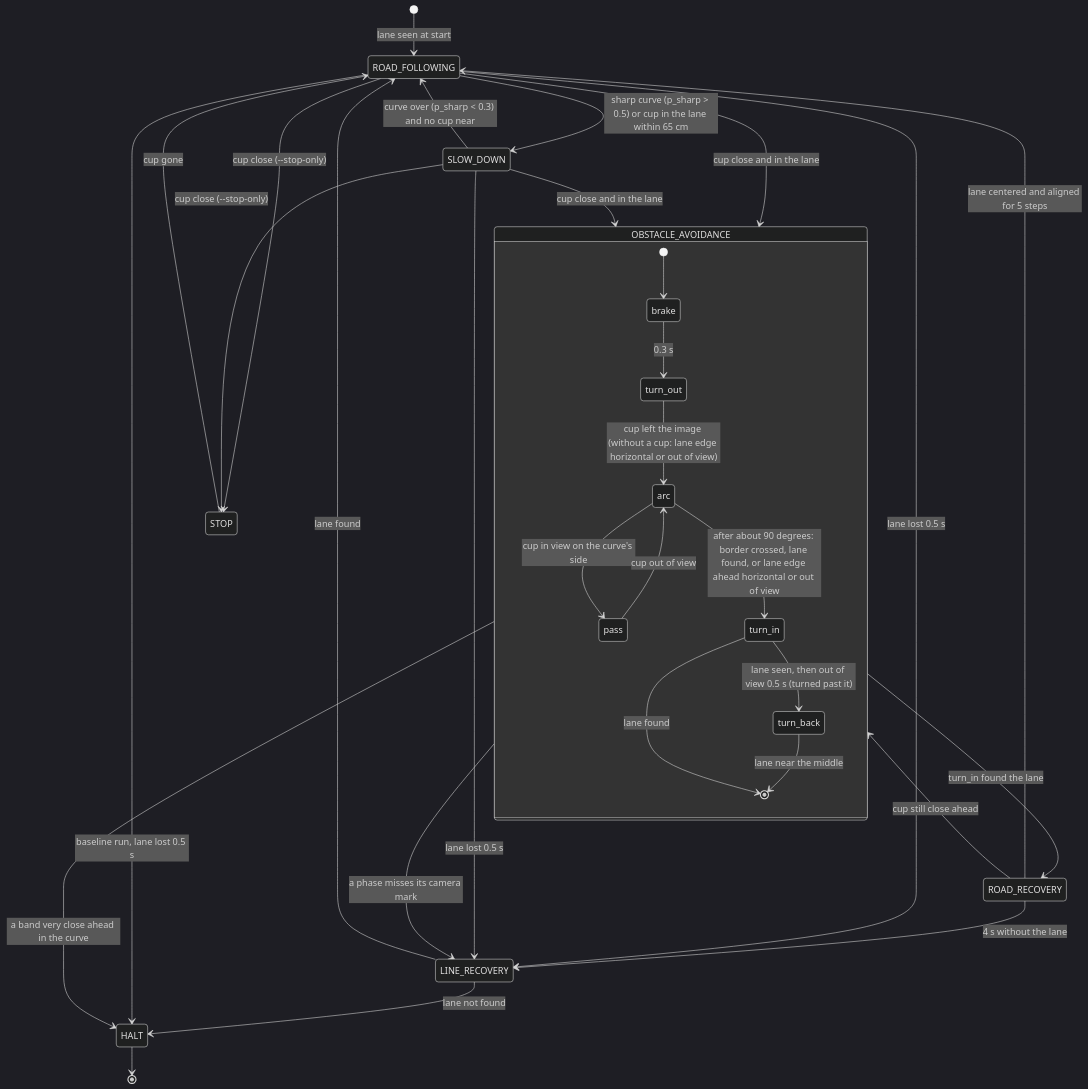
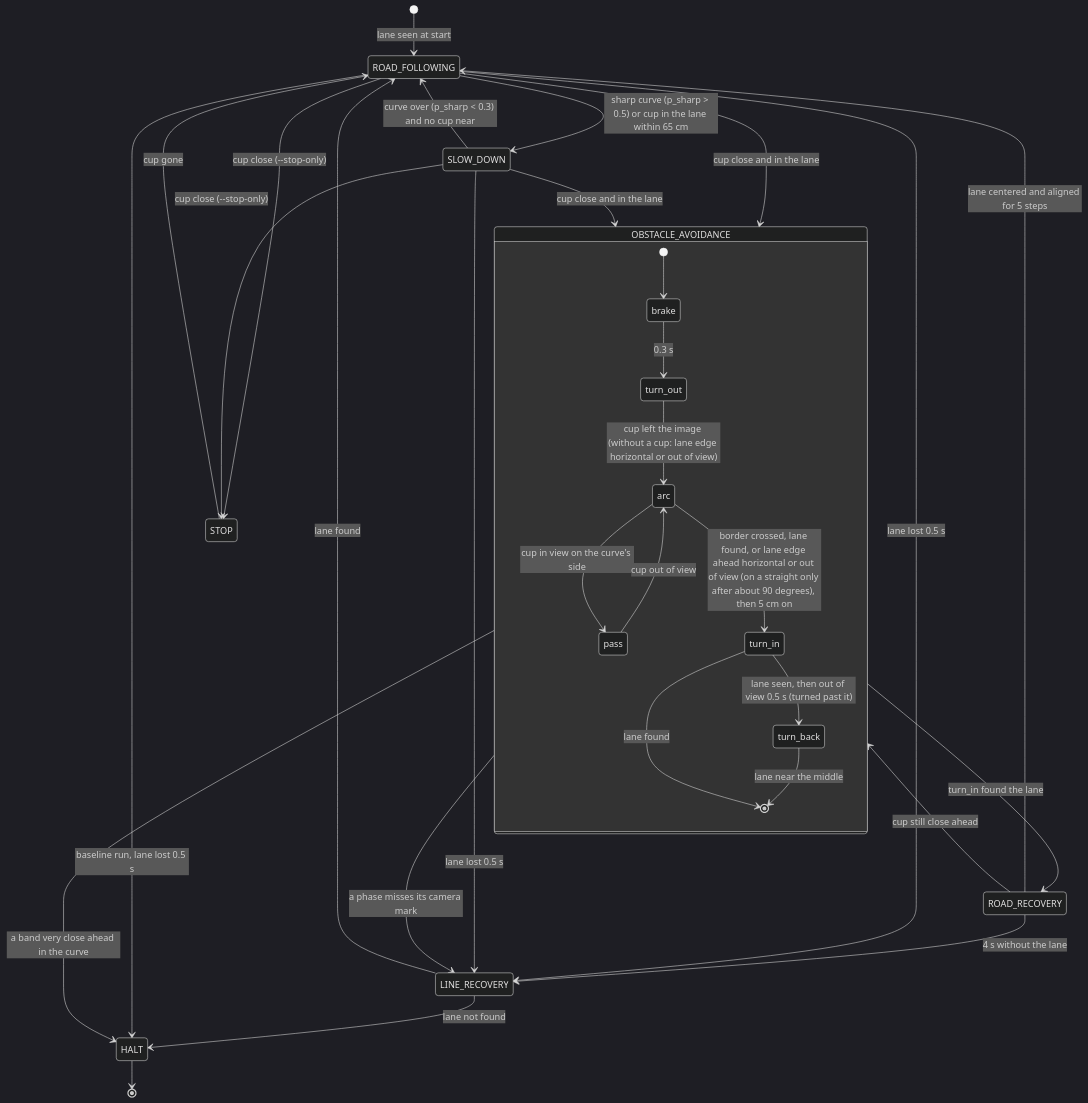
Before and after one commit to janniskrn/robotic-jetbot: the diagram in notebooks/mini_av/STATE_MACHINE.md, drawn with Mermaid (dark theme). The commit also changed other lines of this file and 5 other files, not shown here.

First line of the commit message:
Swerve: 5 cm on after the curve before the turn in (ARC2); with the cup in a curve bending toward the pass side the curve ends on the earlier marks (ARC3, changes ARC1); offline only, 118 checks

````diff
--- a/notebooks/mini_av/STATE_MACHINE.md
+++ b/notebooks/mini_av/STATE_MACHINE.md
@@ -35,34 +35,34 @@
 ```mermaid
 stateDiagram-v2
     [*] --> ROAD_FOLLOWING: lane seen at start
     ROAD_FOLLOWING --> SLOW_DOWN: sharp curve (p_sharp > 0.5) or cup in the lane within 65 cm
     SLOW_DOWN --> ROAD_FOLLOWING: curve over (p_sharp < 0.3) and no cup near
     ROAD_FOLLOWING --> OBSTACLE_AVOIDANCE: cup close and in the lane
     SLOW_DOWN --> OBSTACLE_AVOIDANCE: cup close and in the lane
     state OBSTACLE_AVOIDANCE {
         [*] --> brake
         brake --> turn_out: 0.3 s
         turn_out --> arc: cup left the image (without a cup: lane edge horizontal or out of view)
         arc --> pass: cup in view on the curve's side
         pass --> arc: cup out of view
-        arc --> turn_in: after about 90 degrees: border crossed, lane found, or lane edge ahead horizontal or out of view
+        arc --> turn_in: border crossed, lane found, or lane edge ahead horizontal or out of view (on a straight only after about 90 degrees), then 5 cm on
         turn_in --> [*]: lane found
         turn_in --> turn_back: lane seen, then out of view 0.5 s (turned past it)
         turn_back --> [*]: lane near the middle
     }
     OBSTACLE_AVOIDANCE --> ROAD_RECOVERY: turn_in found the lane
     OBSTACLE_AVOIDANCE --> HALT: a band very close ahead in the curve
     ROAD_RECOVERY --> ROAD_FOLLOWING: lane centered and aligned for 5 steps
     ROAD_RECOVERY --> OBSTACLE_AVOIDANCE: cup still close ahead
     ROAD_RECOVERY --> LINE_RECOVERY: 4 s without the lane
     ROAD_FOLLOWING --> LINE_RECOVERY: lane lost 0.5 s
     SLOW_DOWN --> LINE_RECOVERY: lane lost 0.5 s
     OBSTACLE_AVOIDANCE --> LINE_RECOVERY: a phase misses its camera mark
     LINE_RECOVERY --> ROAD_FOLLOWING: lane found
     LINE_RECOVERY --> HALT: lane not found
     ROAD_FOLLOWING --> STOP: cup close (--stop-only)
     SLOW_DOWN --> STOP: cup close (--stop-only)
     STOP --> ROAD_FOLLOWING: cup gone
     ROAD_FOLLOWING --> HALT: baseline run, lane lost 0.5 s
     HALT --> [*]
 ```
````
